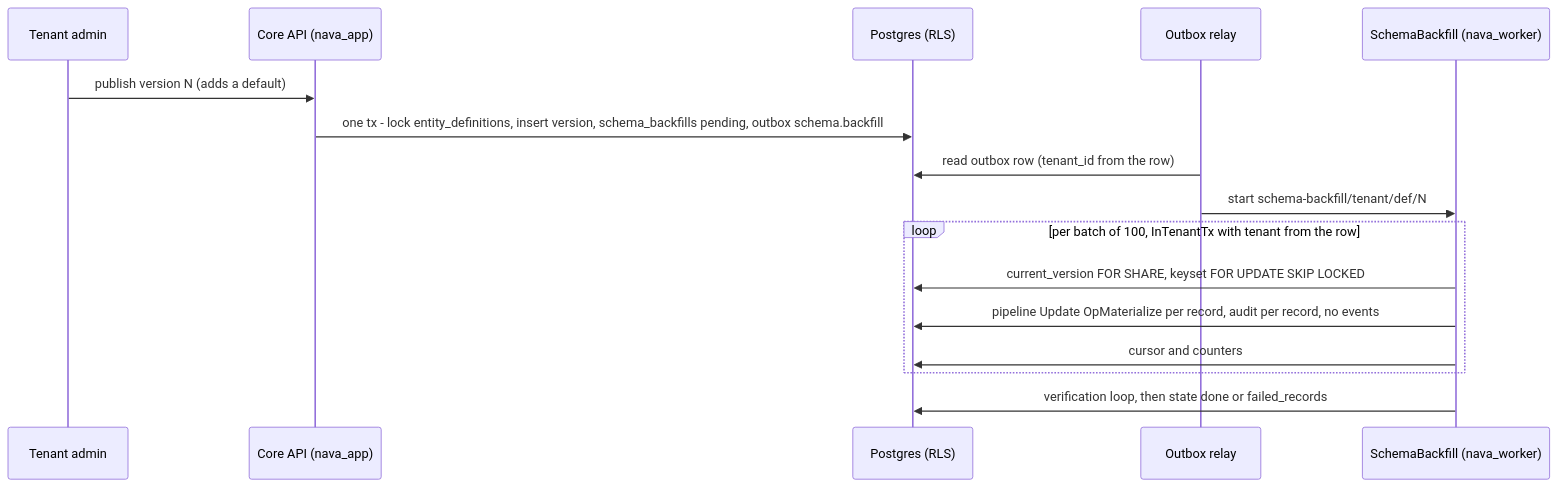
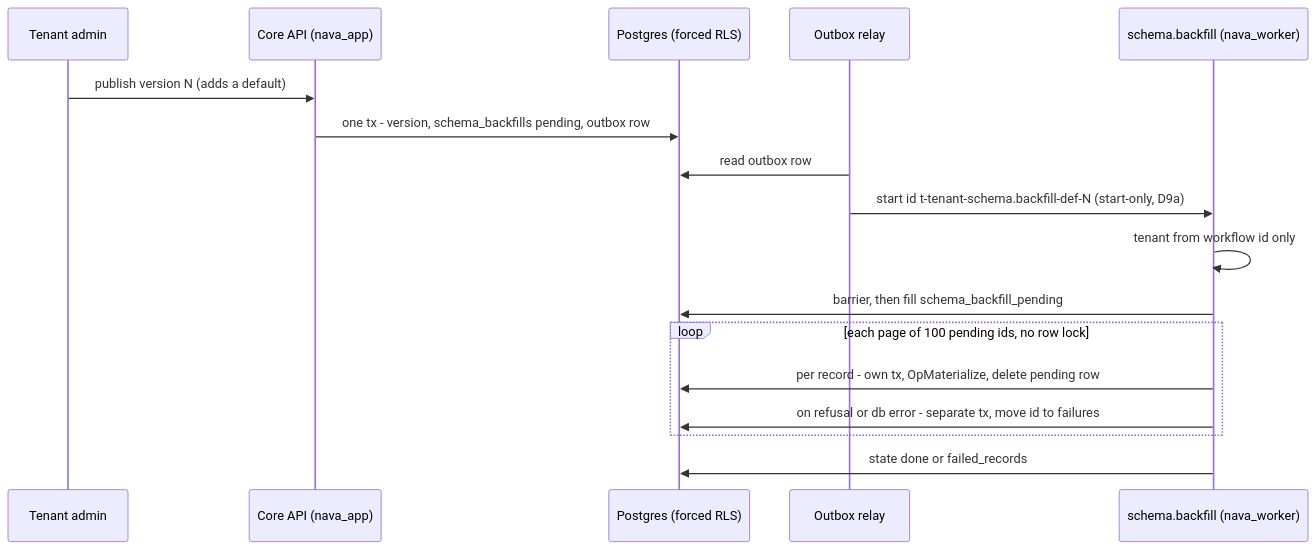
The first of 2 diagrams in docs/adr/ADR-009/rfc/RFC-021-schema-version-backfill.md (Navaladi2019/TicketingSystem), drawn with Mermaid before and after one commit. The commit also changed other lines of this file and 3 other files, not shown here.

````diff
--- a/docs/adr/ADR-009/rfc/RFC-021-schema-version-backfill.md
+++ b/docs/adr/ADR-009/rfc/RFC-021-schema-version-backfill.md
@@ -118,18 +130,19 @@
 ```mermaid
 sequenceDiagram
   participant A as Tenant admin
   participant API as Core API (nava_app)
-  participant DB as Postgres (RLS)
+  participant DB as Postgres (forced RLS)
   participant R as Outbox relay
-  participant W as SchemaBackfill (nava_worker)
+  participant W as schema.backfill (nava_worker)
   A->>API: publish version N (adds a default)
-  API->>DB: one tx - lock entity_definitions, insert version, schema_backfills pending, outbox schema.backfill
-  R->>DB: read outbox row (tenant_id from the row)
-  R->>W: start schema-backfill/tenant/def/N
-  loop per batch of 100, InTenantTx with tenant from the row
-    W->>DB: current_version FOR SHARE, keyset FOR UPDATE SKIP LOCKED
-    W->>DB: pipeline Update OpMaterialize per record, audit per record, no events
-    W->>DB: cursor and counters
+  API->>DB: one tx - version, schema_backfills pending, outbox row
+  R->>DB: read outbox row
+  R->>W: start id t-tenant-schema.backfill-def-N (start-only, D9a)
+  W->>W: tenant from workflow id only
+  W->>DB: barrier, then fill schema_backfill_pending
+  loop each page of 100 pending ids, no row lock
+    W->>DB: per record - own tx, OpMaterialize, delete pending row
+    W->>DB: on refusal or db error - separate tx, move id to failures
   end
-  W->>DB: verification loop, then state done or failed_records
+  W->>DB: state done or failed_records
 ```
````
